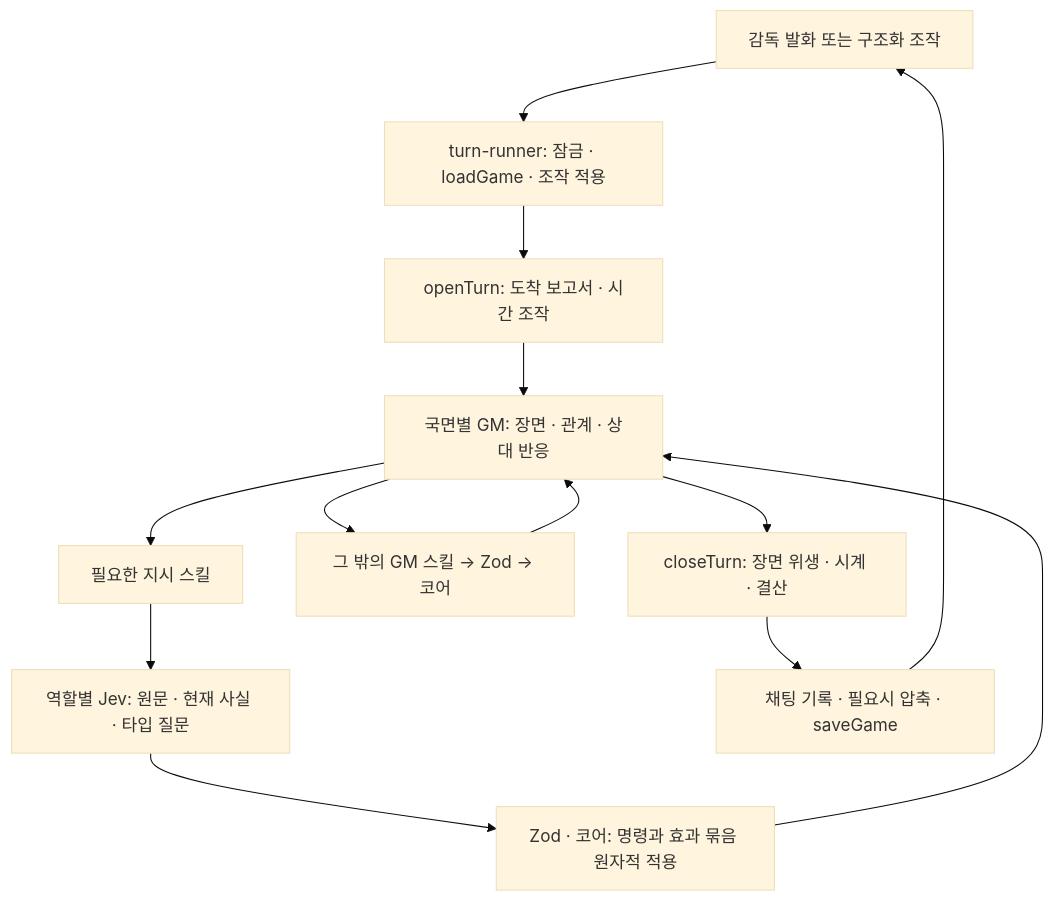
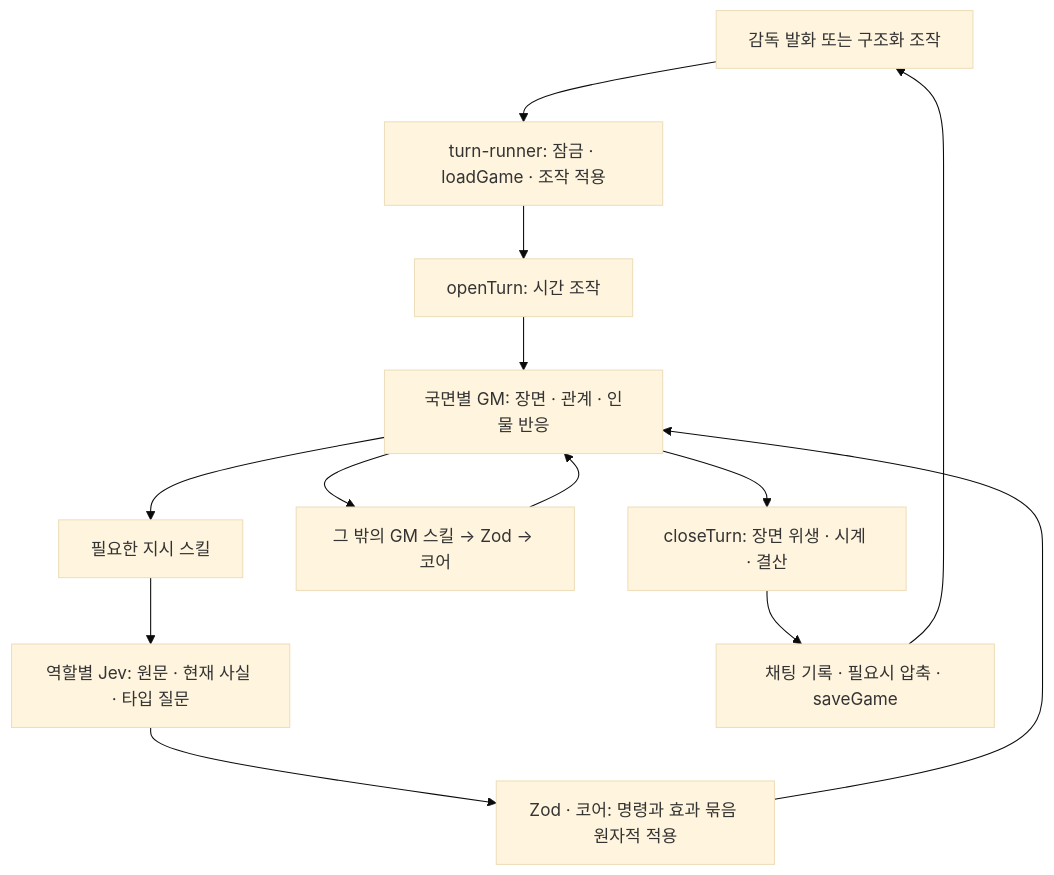
One commit to dhoonjang/gaffer changed the diagram in docs/common/llm/pipeline.md. Above: the diagram before and after it, drawn with Mermaid (base theme). The commit also changed other lines of this file and 350 other files, not shown here.

````diff
--- a/docs/common/llm/pipeline.md
+++ b/docs/common/llm/pipeline.md
@@ -13,15 +13,15 @@
 ```mermaid
 flowchart TD
   UI["감독 발화 또는 구조화 조작"] --> TR["turn-runner: 잠금 · loadGame · 조작 적용"]
-  TR --> OPEN["openTurn: 도착 보고서 · 시간 조작"]
-  OPEN --> GM["국면별 GM: 장면 · 관계 · 상대 반응"]
+  TR --> OPEN["openTurn: 시간 조작"]
+  OPEN --> GM["국면별 GM: 장면 · 관계 · 인물 반응"]
   GM --> SKILL["필요한 지시 스킬"]
   SKILL --> EVAL["역할별 Jev: 원문 · 현재 사실 · 타입 질문"]
   EVAL --> Z["Zod · 코어: 명령과 효과 묶음 원자적 적용"]
   Z --> GM
   GM --> TOOL["그 밖의 GM 스킬 → Zod → 코어"]
   TOOL --> GM
   GM --> CLOSE["closeTurn: 장면 위생 · 시계 · 결산"]
   CLOSE --> SAVE["채팅 기록 · 필요시 압축 · saveGame"]
   SAVE --> UI
 ```
````
